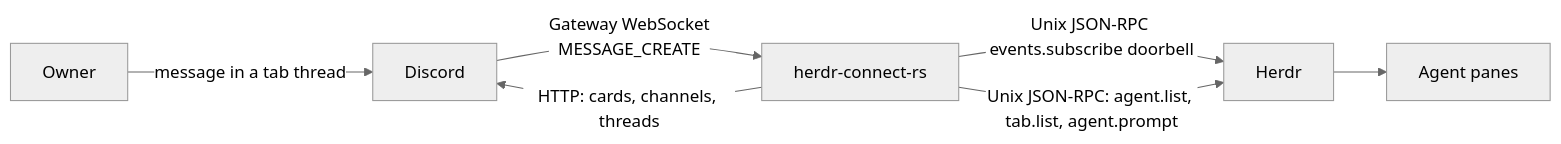
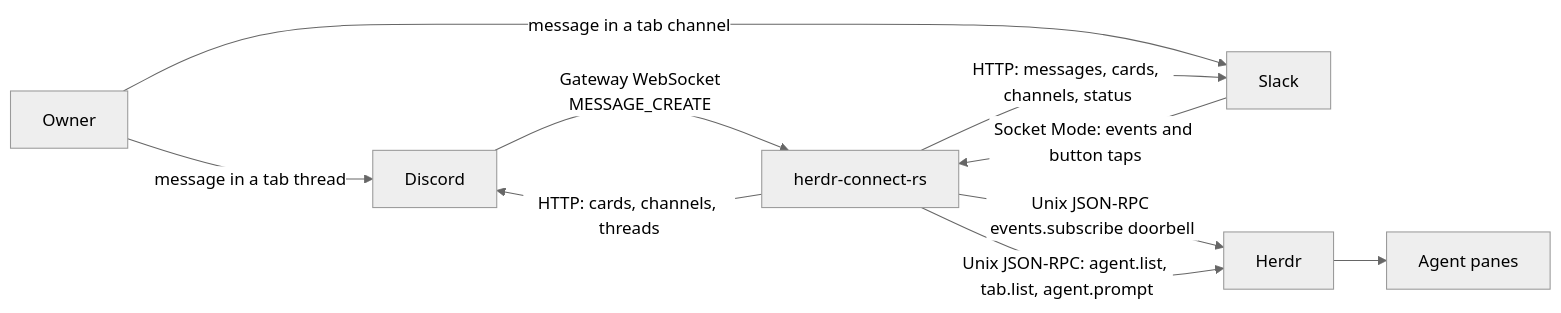
The diagram in README.md (atreya2011/herdr-connect), drawn with Mermaid (neutral theme) before and after one commit. The commit also changed other lines of this file and 3 other files, not shown here.

Commit message:
docs: describe slack and discord bridge behavior

````diff
--- a/README.md
+++ b/README.md
@@ -24,15 +24,19 @@
 ```mermaid
 flowchart LR
   owner[Owner]
   discord[Discord]
+  slack[Slack]
   bridge[herdr-connect-rs]
   herdr[Herdr]
   panes[Agent panes]
 
   owner -->|message in a tab thread| discord
+  owner -->|message in a tab channel| slack
   discord -->|"Gateway WebSocket<br/>MESSAGE_CREATE"| bridge
+  slack -->|Socket Mode: events and button taps| bridge
   bridge -->|HTTP: cards, channels, threads| discord
+  bridge -->|HTTP: messages, cards, channels, status| slack
   bridge -->|"Unix JSON-RPC events.subscribe doorbell"| herdr
   bridge -->|"Unix JSON-RPC: agent.list, tab.list, agent.prompt"| herdr
   herdr --> panes
 ```
````
